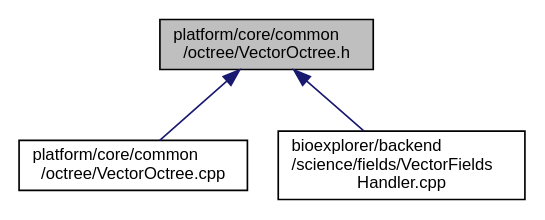
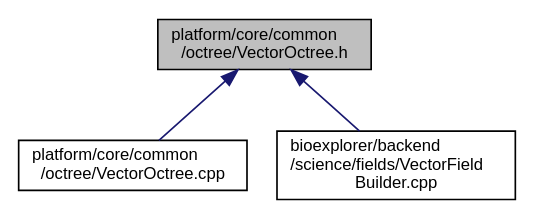
One commit to BlueBrain/BioExplorer changed the diagram in docs/d7/d64/VectorOctree_8h__dep__incl.dot. Above: the diagram before and after it, drawn with Graphviz. The commit also changed 1283 other files, not shown here.

```diff
--- a/docs/d7/d64/VectorOctree_8h__dep__incl.dot
+++ b/docs/d7/d64/VectorOctree_8h__dep__incl.dot
@@ -1,11 +1,11 @@
 digraph "platform/core/common/octree/VectorOctree.h"
 {
  // LATEX_PDF_SIZE
   edge [fontname="Helvetica",fontsize="10",labelfontname="Helvetica",labelfontsize="10"];
   node [fontname="Helvetica",fontsize="10",shape=record];
   Node1 [label="platform/core/common\l/octree/VectorOctree.h",height=0.2,width=0.4,color="black", fillcolor="grey75", style="filled", fontcolor="black",tooltip=" "];
   Node1 -> Node2 [dir="back",color="midnightblue",fontsize="10",style="solid",fontname="Helvetica"];
   Node2 [label="platform/core/common\l/octree/VectorOctree.cpp",height=0.2,width=0.4,color="black", fillcolor="white", style="filled",URL="$db/d9f/VectorOctree_8cpp.html",tooltip=" "];
   Node1 -> Node3 [dir="back",color="midnightblue",fontsize="10",style="solid",fontname="Helvetica"];
-  Node3 [label="bioexplorer/backend\l/science/fields/VectorFields\lHandler.cpp",height=0.2,width=0.4,color="black", fillcolor="white", style="filled",URL="$df/d11/VectorFieldsHandler_8cpp.html",tooltip=" "];
+  Node3 [label="bioexplorer/backend\l/science/fields/VectorField\lBuilder.cpp",height=0.2,width=0.4,color="black", fillcolor="white", style="filled",URL="$d0/de8/VectorFieldBuilder_8cpp.html",tooltip=" "];
 }
```
